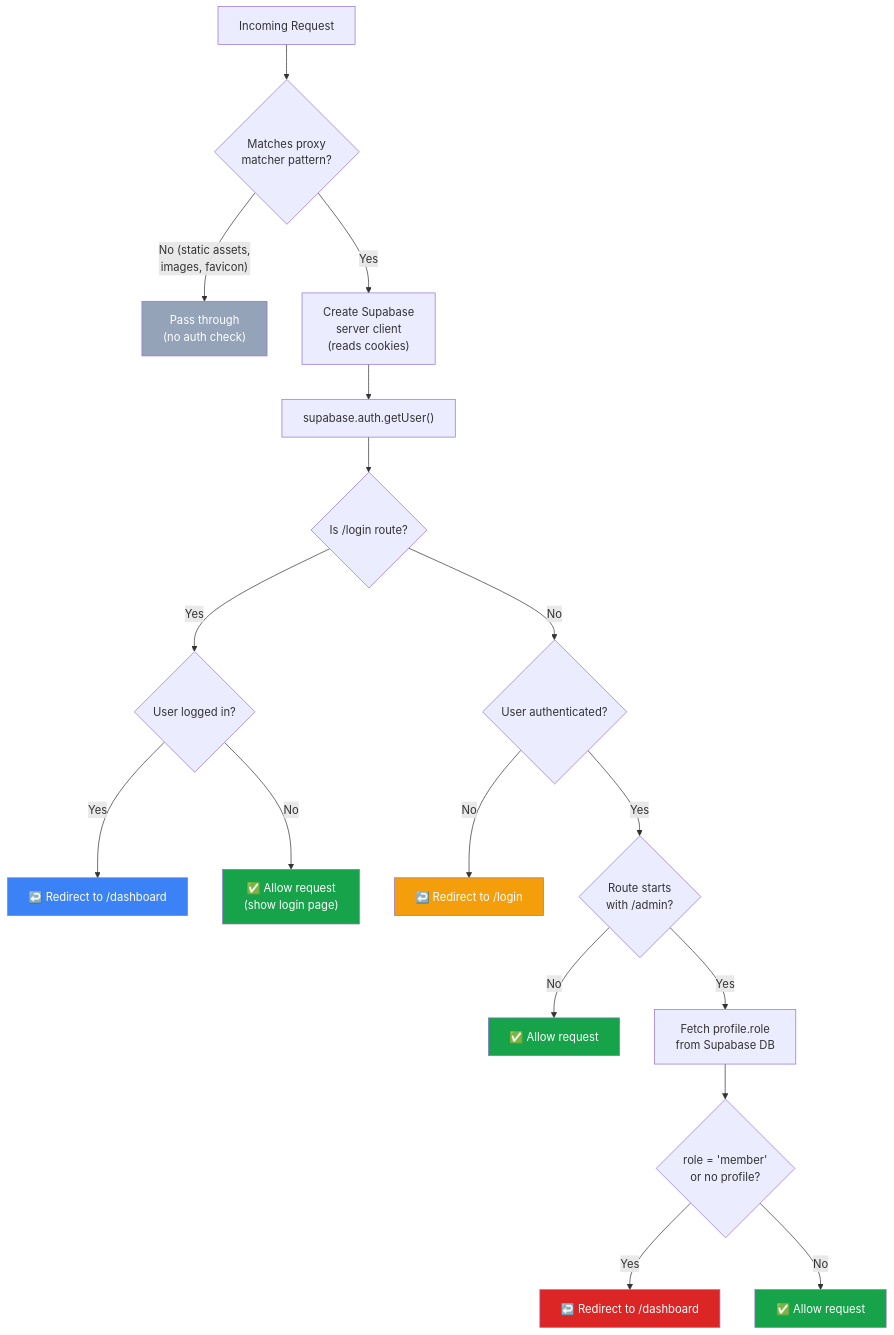
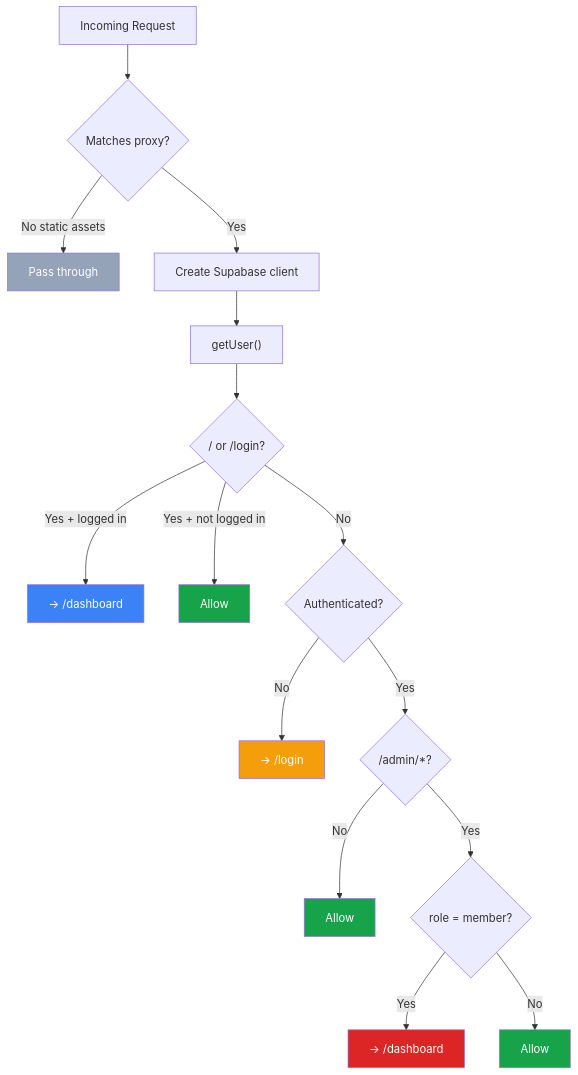
Before and after one commit to Felege-Yordanos-Tech-Team/felege-yordanos-app: the first of 6 diagrams in docs/auth-flow.md, drawn with Mermaid. The commit also changed other lines of this file and 5 other files, not shown here.

````diff
--- a/docs/auth-flow.md
+++ b/docs/auth-flow.md
@@ -7,34 +7,30 @@
 ```mermaid
 flowchart TD
-    REQ["Incoming Request"] --> MATCHER{Matches proxy<br/>matcher pattern?}
+    REQ["Incoming Request"] --> MATCHER{Matches proxy?}
 
-    MATCHER -->|"No (static assets,<br/>images, favicon)"| PASS_THROUGH["Pass through<br/>(no auth check)"]
-    MATCHER -->|Yes| SUPABASE["Create Supabase<br/>server client<br/>(reads cookies)"]
+    MATCHER -->|No static assets| PASS["Pass through"]
+    MATCHER -->|Yes| SUPABASE["Create Supabase client"]
 
-    SUPABASE --> GET_USER["supabase.auth.getUser()"]
-    GET_USER --> CHECK_LOGIN{Is /login route?}
+    SUPABASE --> GET_USER["getUser()"]
+    GET_USER --> IS_PUBLIC{"/ or /login?"}
 
-    CHECK_LOGIN -->|Yes| CHECK_LOGGED_IN{User logged in?}
-    CHECK_LOGGED_IN -->|Yes| REDIRECT_DASH["↩️ Redirect to /dashboard"]
-    CHECK_LOGGED_IN -->|No| ALLOW["✅ Allow request<br/>(show login page)"]
+    IS_PUBLIC -->|Yes + logged in| REDIRECT_DASH["→ /dashboard"]
+    IS_PUBLIC -->|Yes + not logged in| ALLOW["Allow"]
+    IS_PUBLIC -->|No| CHECK_AUTH{Authenticated?}
 
-    CHECK_LOGIN -->|No| CHECK_AUTH{User authenticated?}
+    CHECK_AUTH -->|No| REDIRECT_LOGIN["→ /login"]
+    CHECK_AUTH -->|Yes| IS_ADMIN{"/admin/*?"}
 
-    CHECK_AUTH -->|No| REDIRECT_LOGIN["↩️ Redirect to /login"]
-    CHECK_AUTH -->|Yes| CHECK_ADMIN{Route starts<br/>with /admin?}
-
-    CHECK_ADMIN -->|No| ALLOW_AUTH["✅ Allow request"]
-    CHECK_ADMIN -->|Yes| FETCH_ROLE["Fetch profile.role<br/>from Supabase DB"]
-
-    FETCH_ROLE --> CHECK_ROLE{role = 'member'<br/>or no profile?}
-    CHECK_ROLE -->|Yes| REDIRECT_DASHBOARD["↩️ Redirect to /dashboard"]
-    CHECK_ROLE -->|No| ALLOW_ADMIN["✅ Allow request"]
+    IS_ADMIN -->|No| ALLOW_AUTH["Allow"]
+    IS_ADMIN -->|Yes| CHECK_ROLE{role = member?}
+    CHECK_ROLE -->|Yes| REDIRECT_DASHBOARD["→ /dashboard"]
+    CHECK_ROLE -->|No| ALLOW_ADMIN["Allow"]
 
     style ALLOW fill:#16a34a,color:#fff
     style ALLOW_AUTH fill:#16a34a,color:#fff
     style ALLOW_ADMIN fill:#16a34a,color:#fff
     style REDIRECT_LOGIN fill:#f59e0b,color:#fff
     style REDIRECT_DASH fill:#3b82f6,color:#fff
     style REDIRECT_DASHBOARD fill:#dc2626,color:#fff
-    style PASS_THROUGH fill:#94a3b8,color:#fff
+    style PASS fill:#94a3b8,color:#fff
 ```
````
